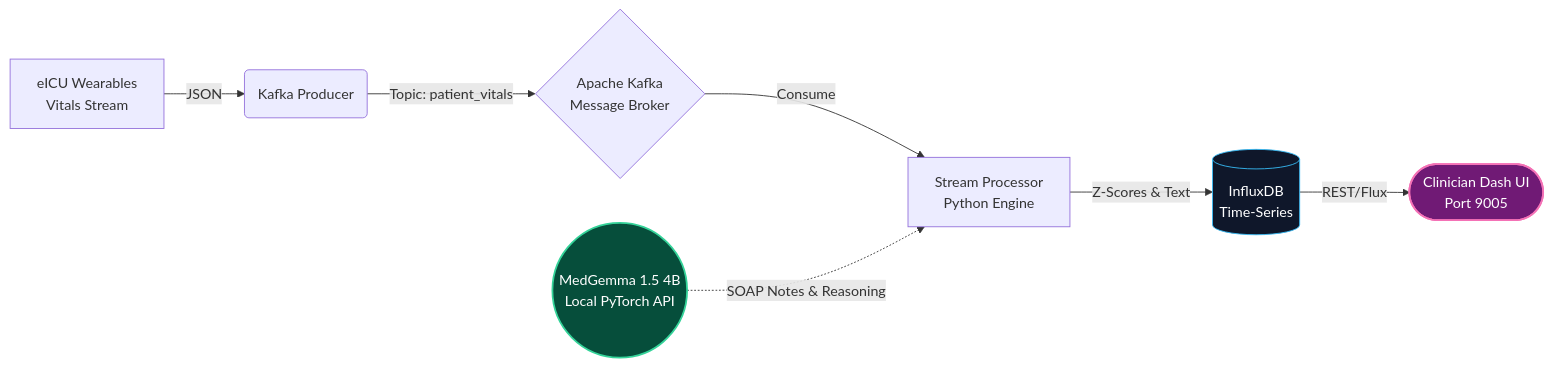
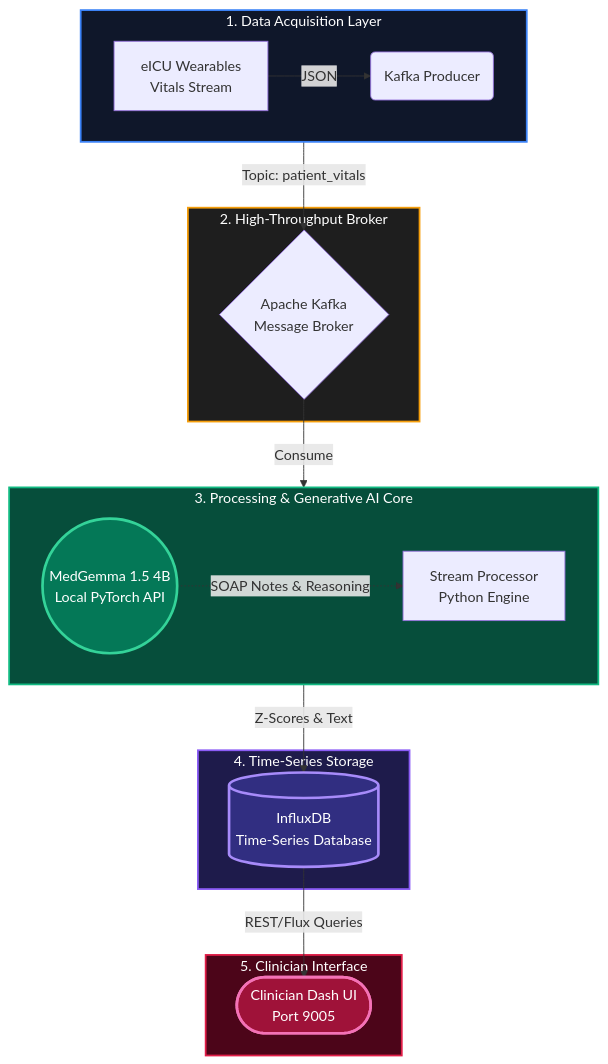
Before and after one commit to EmrullahAydogan/heartguard-ai: the diagram in README.md, drawn with Mermaid.

Commit message:
docs: expand architecture diagram to multi-layer top-down chart for max visibility

````diff
--- a/README.md
+++ b/README.md
@@ -31,23 +31,36 @@
 ```mermaid
-graph LR
-    %% Data Source
-    IoT[eICU Wearables<br>Vitals Stream] --> |JSON| KP(Kafka Producer)
+graph TD
+    subgraph Data_Acquisition [1. Data Acquisition Layer]
+        direction LR
+        IoT[eICU Wearables<br>Vitals Stream] --> |JSON| KP(Kafka Producer)
+    end
+
+    subgraph Message_Broker [2. High-Throughput Broker]
+        KP --> |Topic: patient_vitals| K{Apache Kafka<br>Message Broker}
+    end
+
+    subgraph AI_Core [3. Processing & Generative AI Core]
+        direction LR
+        K --> |Consume| SP[Stream Processor<br>Python Engine]
+        AI((MedGemma 1.5 4B<br>Local PyTorch API)) -.-> |SOAP Notes & Reasoning| SP
+    end
+
+    subgraph Storage [4. Time-Series Storage]
+        SP --> |Z-Scores & Text| DB[(InfluxDB<br>Time-Series Database)]
+    end
+
+    subgraph Interface [5. Clinician Interface]
+        DB --> |REST/Flux Queries| UI([Clinician Dash UI<br>Port 9005])
+    end
+
+    %% Styling
+    style Data_Acquisition fill:#0f172a,stroke:#3b82f6,stroke-width:2px,color:#fff
+    style Message_Broker fill:#1e1e1e,stroke:#f59e0b,stroke-width:2px,color:#fff
+    style AI_Core fill:#064e3b,stroke:#10b981,stroke-width:2px,color:#fff
+    style Storage fill:#1e1b4b,stroke:#8b5cf6,stroke-width:2px,color:#fff
+    style Interface fill:#4c0519,stroke:#e11d48,stroke-width:2px,color:#fff
     
-    %% Broker
-    KP --> |Topic: patient_vitals| K{Apache Kafka<br>Message Broker}
-
-    %% Process & AI
-    K --> |Consume| SP[Stream Processor<br>Python Engine]
-    AI((MedGemma 1.5 4B<br>Local PyTorch API)) -.-> |SOAP Notes & Reasoning| SP
-    
-    %% DB
-    SP --> |Z-Scores & Text| DB[(InfluxDB<br>Time-Series)]
-
-    %% Dashboard
-    DB --> |REST/Flux| UI([Clinician Dash UI<br>Port 9005])
-
-    %% Styling (Optional for dark-mode rendering)
-    style AI fill:#064e3b,stroke:#34d399,stroke-width:2px,color:#fff
-    style UI fill:#701a75,stroke:#f472b6,stroke-width:2px,color:#fff
-    style DB fill:#0f172a,stroke:#38bdf8,stroke-width:1px,color:#fff
+    style AI fill:#047857,stroke:#34d399,stroke-width:3px,color:#fff
+    style UI fill:#9f1239,stroke:#f472b6,stroke-width:3px,color:#fff
+    style DB fill:#312e81,stroke:#a78bfa,stroke-width:3px,color:#fff
 ```
````
